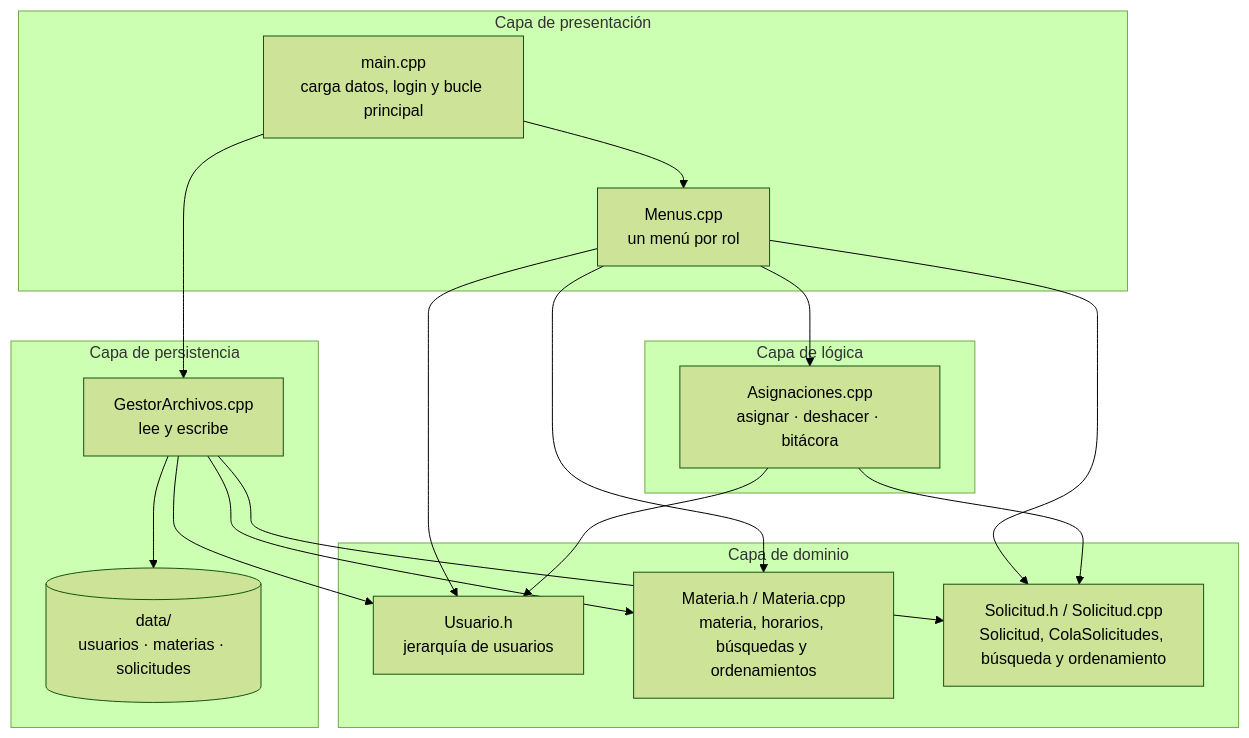
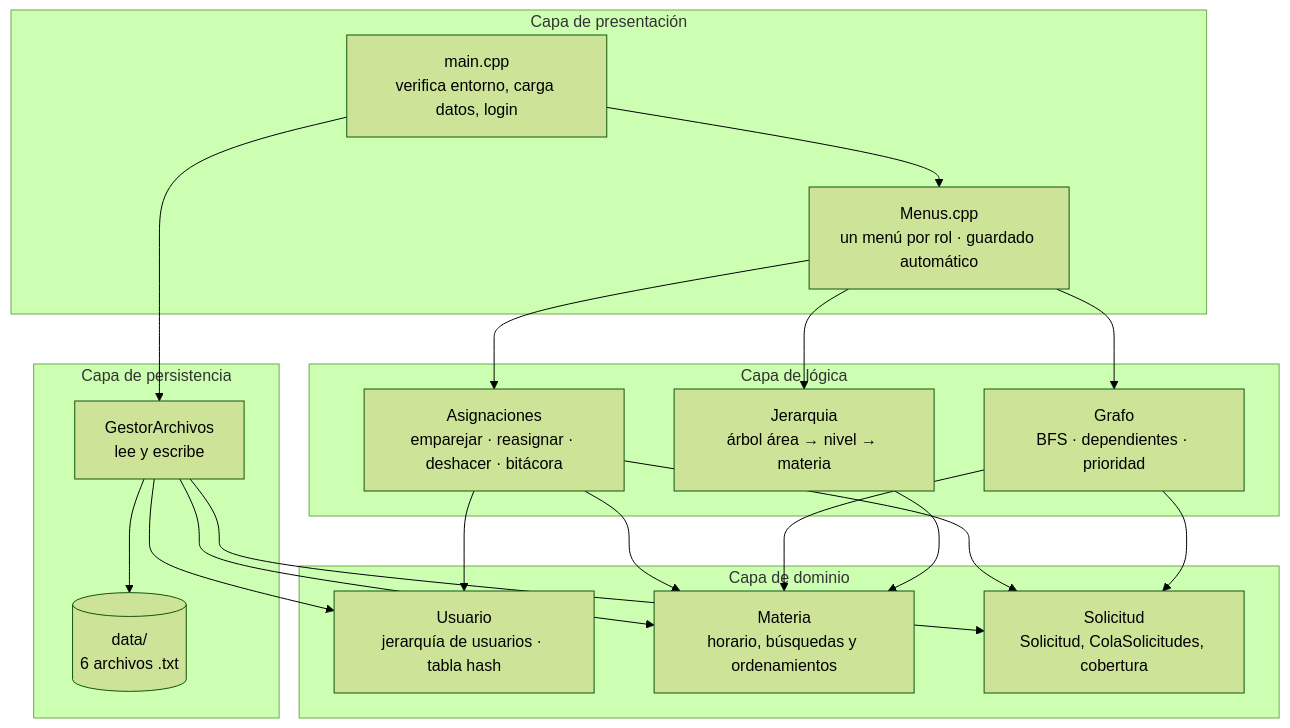
Before and after one commit to worksedu-prog/Algoritmos-2026-S2-PROYECTO: the first of 4 diagrams in README.md, drawn with Mermaid (forest theme). The commit also changed other lines of this file, not shown here.

````diff
--- a/README.md
+++ b/README.md
@@ -121,31 +165,36 @@
 ```mermaid
 flowchart TB
     subgraph PRES[Capa de presentación]
-        MAIN[main.cpp<br/>carga datos, login y bucle principal]
-        MENUS[Menus.cpp<br/>un menú por rol]
+        MAIN[main.cpp<br/>verifica entorno, carga datos, login]
+        MENUS[Menus.cpp<br/>un menú por rol · guardado automático]
     end
     subgraph LOGI[Capa de lógica]
-        ASG[Asignaciones.cpp<br/>asignar · deshacer · bitácora]
+        ASG[Asignaciones<br/>emparejar · reasignar · deshacer · bitácora]
+        GRA[Grafo<br/>BFS · dependientes · prioridad]
+        JER[Jerarquia<br/>árbol área → nivel → materia]
     end
     subgraph DOMI[Capa de dominio]
-        USR[Usuario.h<br/>jerarquía de usuarios]
-        MAT[Materia.h / Materia.cpp<br/>materia, horarios, búsquedas y ordenamientos]
-        SOL[Solicitud.h / Solicitud.cpp<br/>Solicitud, ColaSolicitudes, búsqueda y ordenamiento]
+        USR[Usuario<br/>jerarquía de usuarios · tabla hash]
+        MAT[Materia<br/>horario, búsquedas y ordenamientos]
+        SOL[Solicitud<br/>Solicitud, ColaSolicitudes, cobertura]
     end
     subgraph PERS[Capa de persistencia]
-        GA[GestorArchivos.cpp<br/>lee y escribe]
-        DATA[(data/<br/>usuarios · materias · solicitudes)]
+        GA[GestorArchivos<br/>lee y escribe]
+        DATA[(data/<br/>6 archivos .txt)]
     end
     MAIN --> MENUS
     MAIN --> GA
-    MENUS --> MAT
     MENUS --> ASG
-    MENUS --> USR
-    MENUS --> SOL
+    MENUS --> GRA
+    MENUS --> JER
     ASG --> USR
     ASG --> SOL
+    ASG --> MAT
+    GRA --> MAT
+    GRA --> SOL
+    JER --> MAT
     GA --> USR
     GA --> MAT
     GA --> SOL
     GA --> DATA
 ```
````
